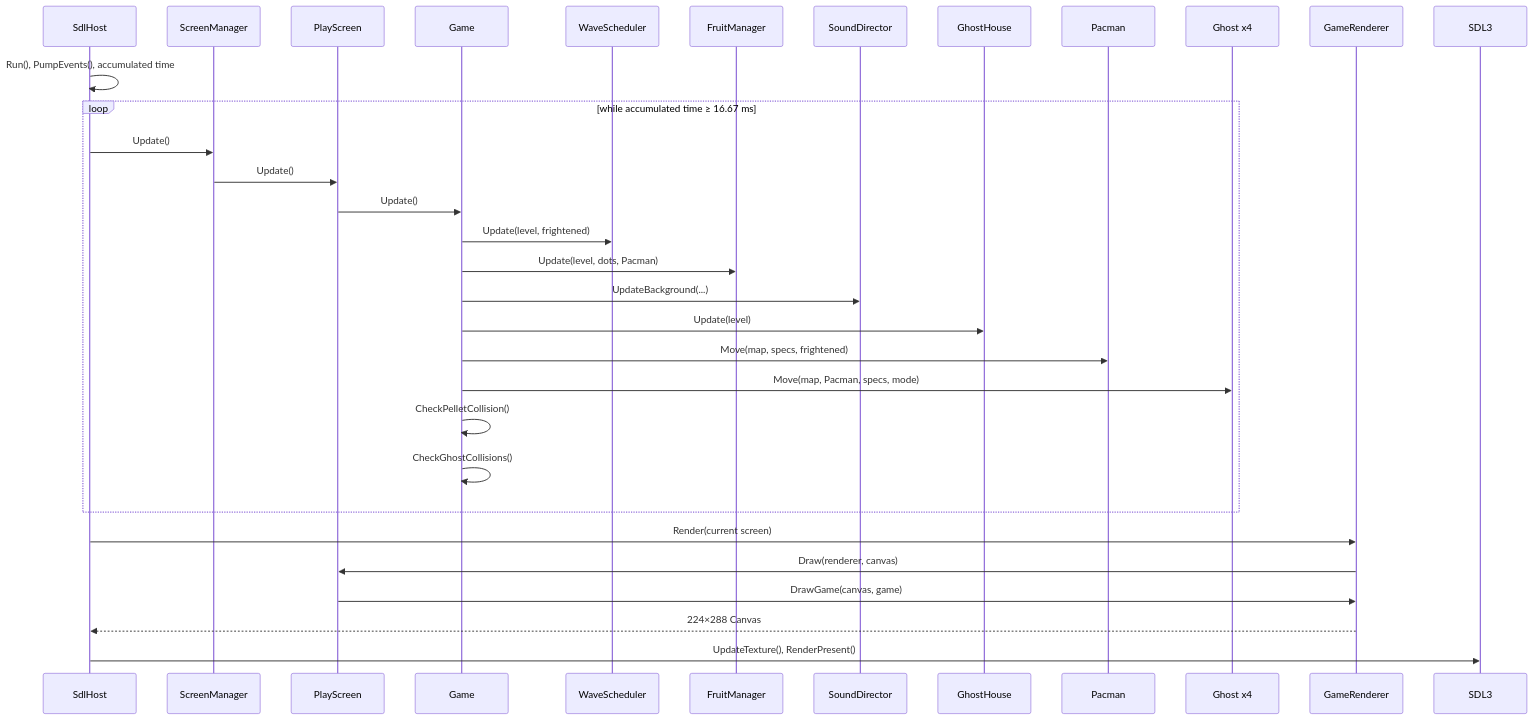
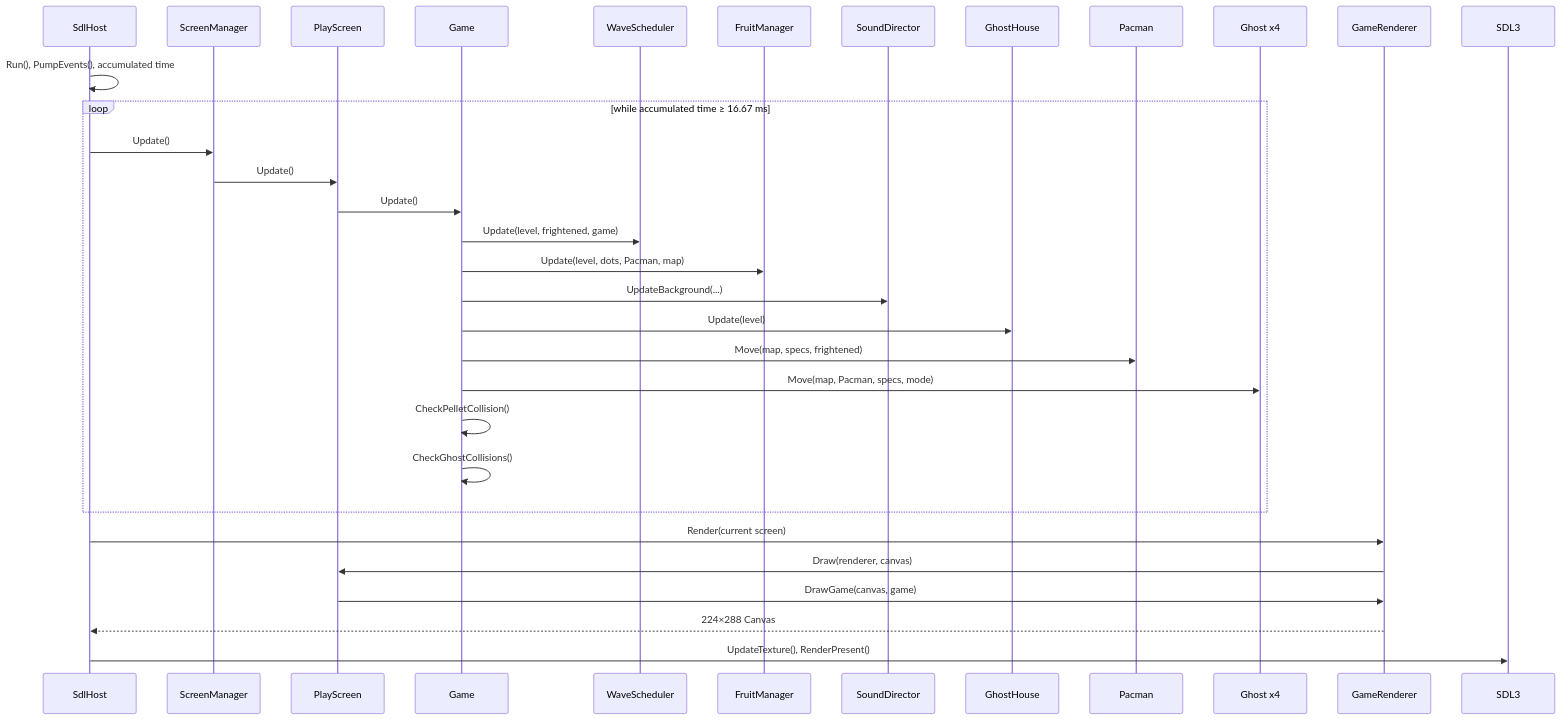
The ninth of 31 diagrams in docs/Pacman_UML_and_State_Diagrams_EN.md (Telev78/pacman), drawn with Mermaid before and after one commit. The commit also changed other lines of this file and 173 other files, not shown here.

````diff
--- a/docs/Pacman_UML_and_State_Diagrams_EN.md
+++ b/docs/Pacman_UML_and_State_Diagrams_EN.md
@@ -757,34 +988,34 @@
 ```mermaid
 sequenceDiagram
   participant H as SdlHost
   participant S as ScreenManager
   participant P as PlayScreen
   participant G as Game
   participant W as WaveScheduler
   participant F as FruitManager
   participant D as SoundDirector
   participant GH as GhostHouse
   participant PM as Pacman
   participant GS as Ghost x4
   participant R as GameRenderer
   participant X as SDL3
   H->>H: Run(), PumpEvents(), accumulated time
   loop while accumulated time ≥ 16.67 ms
     H->>S: Update()
     S->>P: Update()
     P->>G: Update()
-    G->>W: Update(level, frightened)
-    G->>F: Update(level, dots, Pacman)
+    G->>W: Update(level, frightened, game)
+    G->>F: Update(level, dots, Pacman, map)
     G->>D: UpdateBackground(...)
     G->>GH: Update(level)
     G->>PM: Move(map, specs, frightened)
     G->>GS: Move(map, Pacman, specs, mode)
     G->>G: CheckPelletCollision()
     G->>G: CheckGhostCollisions()
   end
   H->>R: Render(current screen)
   R->>P: Draw(renderer, canvas)
   P->>R: DrawGame(canvas, game)
   R-->>H: 224×288 Canvas
   H->>X: UpdateTexture(), RenderPresent()
 ```
````
